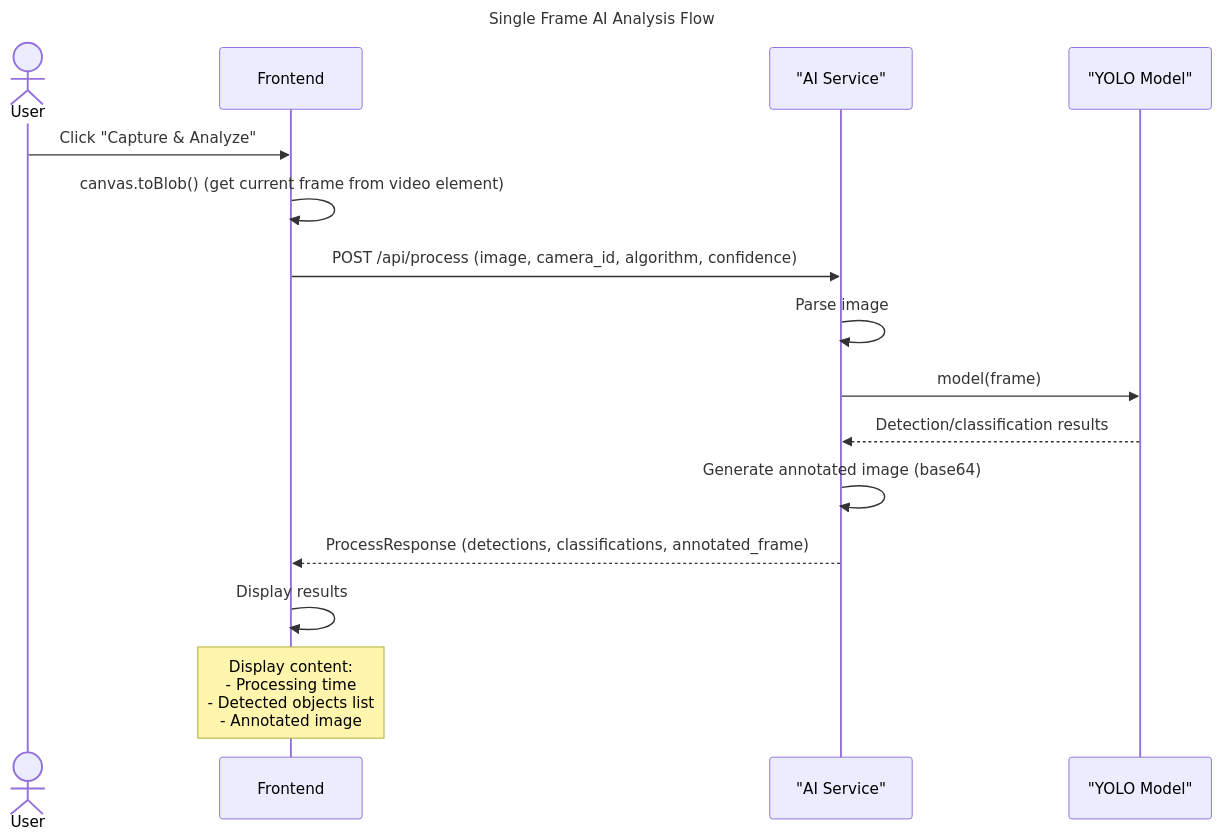
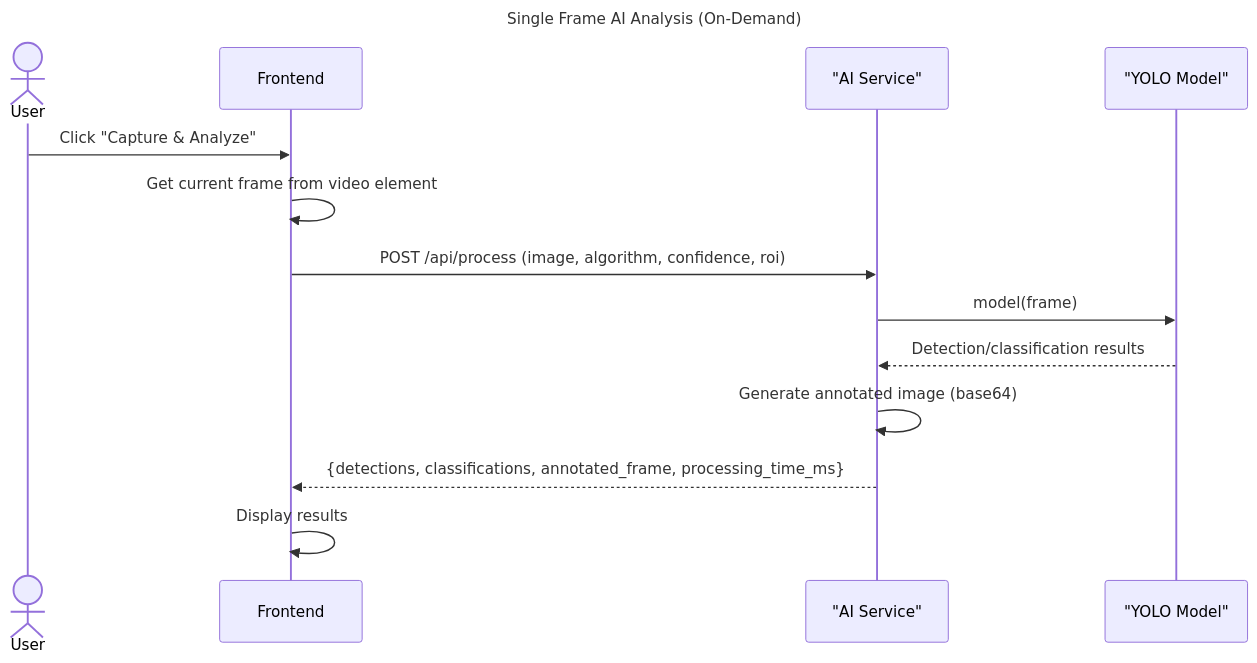
One commit to yaweiyang-sz/EASYAI changed the fifth of 16 diagrams in design/03-sequence-diagrams.md. Above: the diagram before and after it, drawn with Mermaid. The commit also changed other lines of this file and 3 other files, not shown here.

````diff
--- a/design/03-sequence-diagrams.md
+++ b/design/03-sequence-diagrams.md
@@ -70,20 +118,17 @@
 ```mermaid
 sequenceDiagram
-    title Single Frame AI Analysis Flow
+    title Single Frame AI Analysis (On-Demand)
     actor User
     participant Frontend
     participant "AI Service"
     participant "YOLO Model"
 
     User->>Frontend: Click "Capture & Analyze"
-    Frontend->>Frontend: canvas.toBlob() (get current frame from video element)
-    Frontend->>"AI Service": POST /api/process (image, camera_id, algorithm, confidence)
-    "AI Service"->>"AI Service": Parse image
+    Frontend->>Frontend: Get current frame from video element
+    Frontend->>"AI Service": POST /api/process (image, algorithm, confidence, roi)
     "AI Service"->>"YOLO Model": model(frame)
     "YOLO Model"-->>"AI Service": Detection/classification results
     "AI Service"->>"AI Service": Generate annotated image (base64)
-    "AI Service"-->>Frontend: ProcessResponse (detections, classifications, annotated_frame)
+    "AI Service"-->>Frontend: {detections, classifications, annotated_frame, processing_time_ms}
     Frontend->>Frontend: Display results
-
-    Note over Frontend: Display content:<br/>- Processing time<br/>- Detected objects list<br/>- Annotated image
 ```
````
